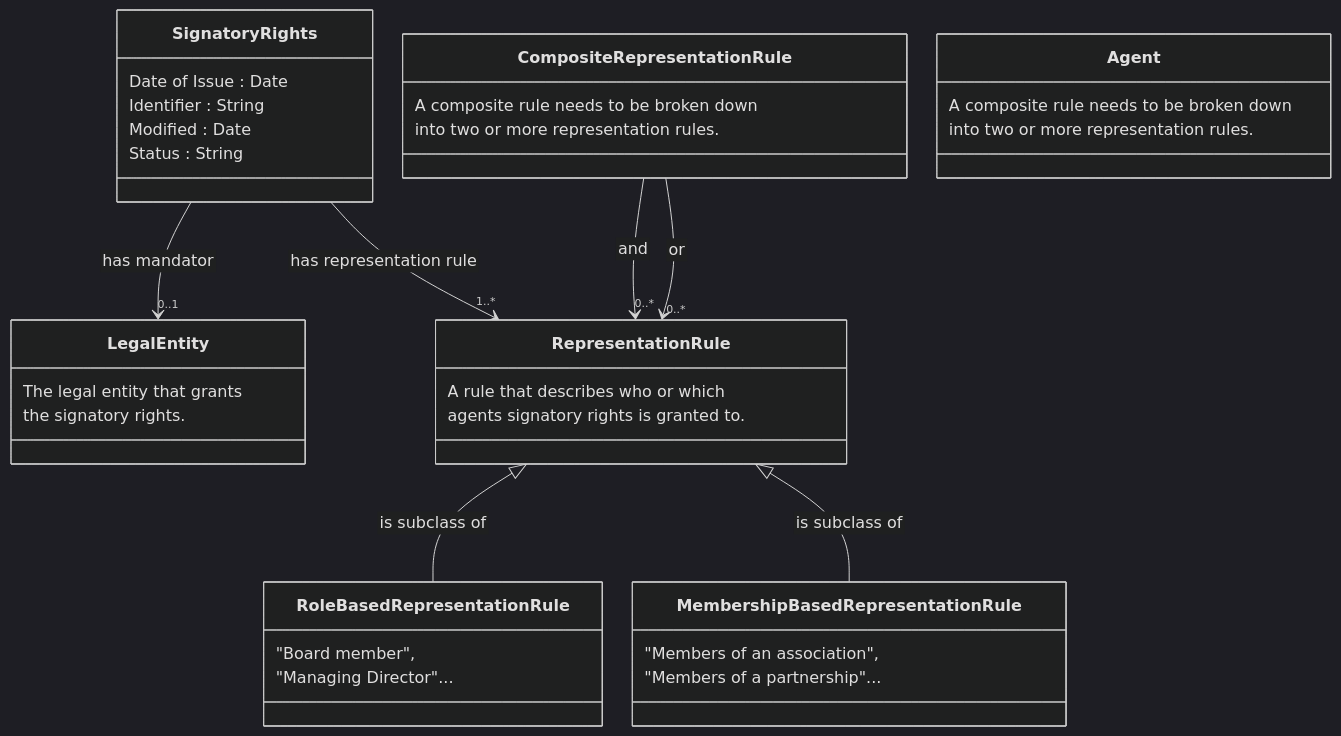
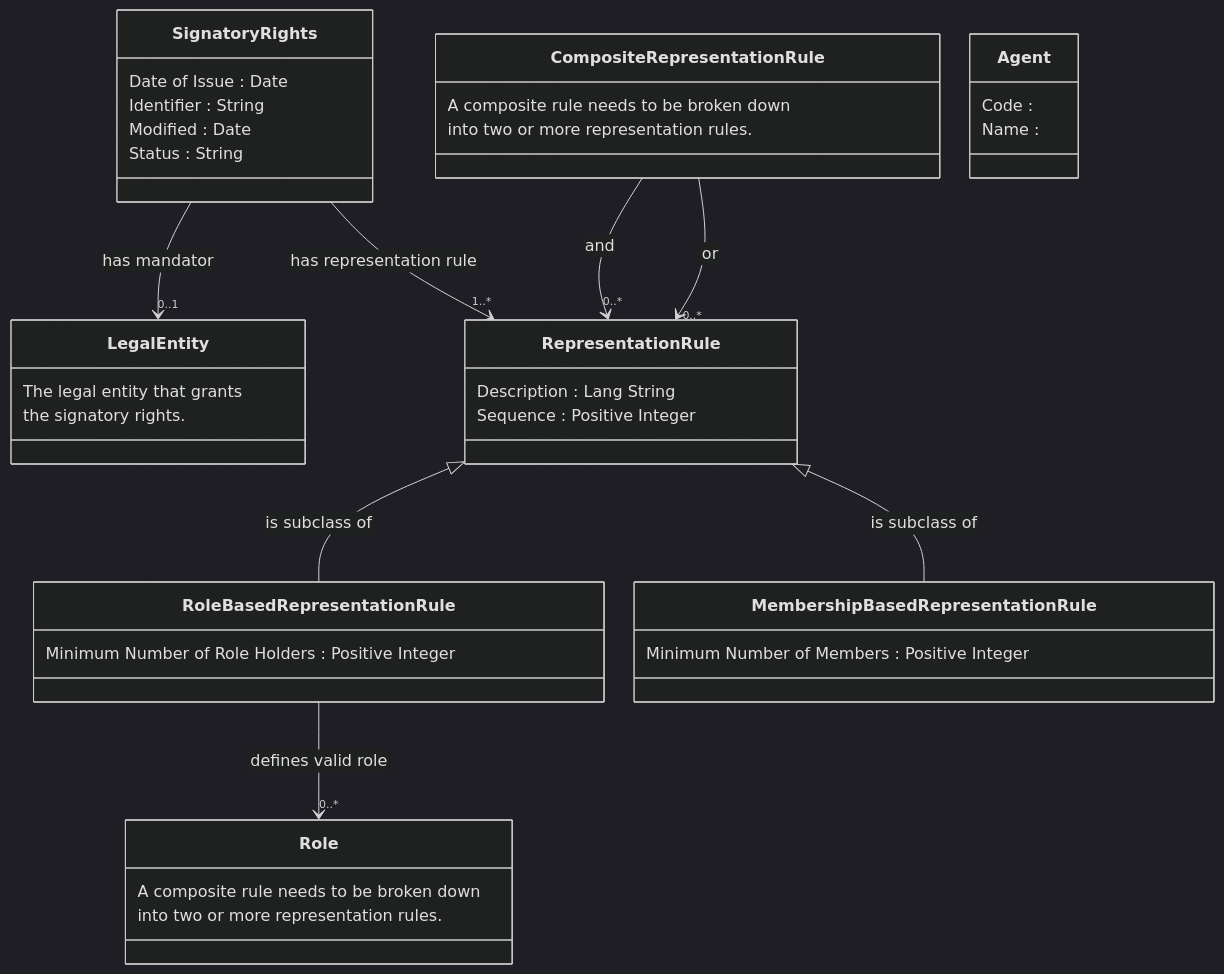
One commit to nordicsmartgovernment/Nordic-Signatory-Rights-Model changed the second of 2 diagrams in README.md. Above: the diagram before and after it, drawn with Mermaid (dark theme).

````diff
--- a/README.md
+++ b/README.md
@@ -66,49 +66,54 @@
 ```mermaid
  %%{init:{'flowchart':{'nodeSpacing': 30, 'rankSpacing': 95, 'htmlLabels': false}}}%%
     classDiagram
         Representation Rule <|-- Role Based Representation Rule : is subclass of
         Representation Rule <|-- Membership Based Representation Rule : is subclass of
 
         class Signatory Rights {
             Date of Issue : Date
             Identifier : String
             Modified : Date
             Status : String
         }
 
         Signatory Rights --> "0..1" Legal Entity : has mandator
         Signatory Rights --> "1..*" Representation Rule : has representation rule
 
         class Legal Entity {
            The legal entity that grants
            the signatory rights.
         }
 
         class Representation Rule {
-           A rule that describes who or which
-           agents signatory rights is granted to.
+           Description : Lang String
+           Sequence : Positive Integer
         }
 
         class Role Based Representation Rule {
-           "Board member",
-           "Managing Director"...
+           Minimum Number of Role Holders : Positive Integer
         }
 
+        Role Based Representation Rule --> "0..*" Role : defines valid role
+
         class Membership Based Representation Rule {
-           "Members of an association",
-           "Members of a partnership"...
+           Minimum Number of Members : Positive Integer
         }
 
         class Composite Representation Rule {
            A composite rule needs to be broken down
            into two or more representation rules.
         }
 
         Composite Representation Rule --> "0..*" Representation Rule : and
         Composite Representation Rule --> "0..*" Representation Rule : or
 
         class Agent {
+           Code : 
+           Name : 
+        }
+
+        class Role {
            A composite rule needs to be broken down
            into two or more representation rules.
         }
 ```
````
